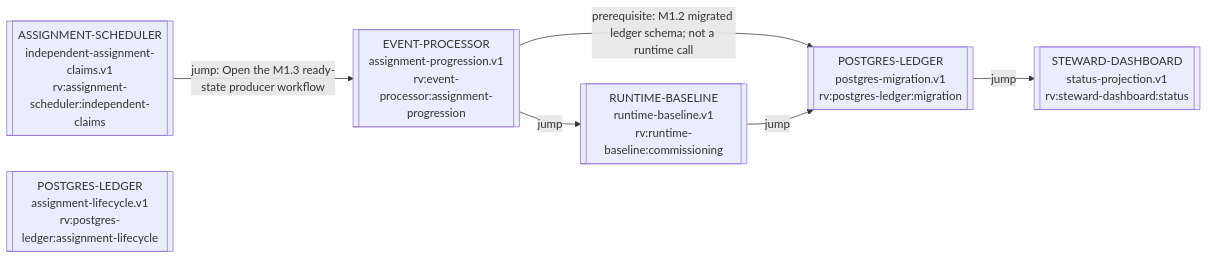
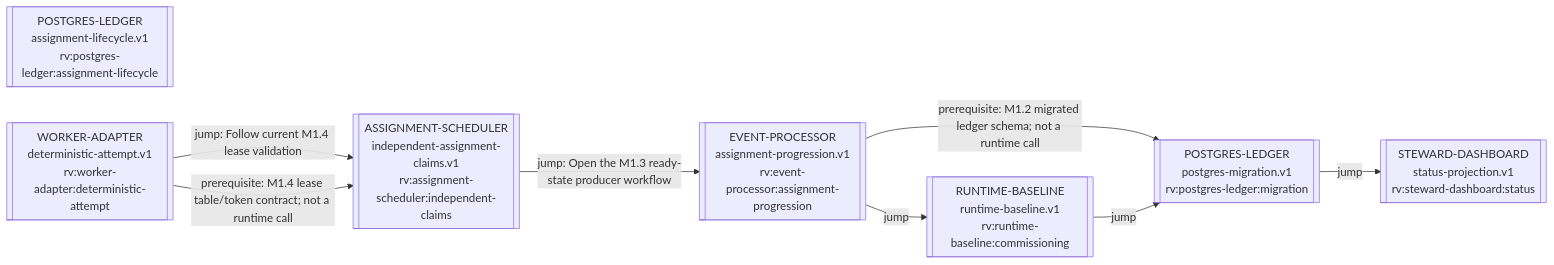
Before and after one commit to ppow1/Riverview-: the diagram in process_graphs/generated/RIVERVIEW_PROCESS_GRAPH.md, drawn with Mermaid. The commit also changed other lines of this file and 21 other files, not shown here.

Commit message:
feat: add scoped deterministic worker adapter

````diff
--- a/process_graphs/generated/RIVERVIEW_PROCESS_GRAPH.md
+++ b/process_graphs/generated/RIVERVIEW_PROCESS_GRAPH.md
@@ -9,14 +9,17 @@
 ```mermaid
 flowchart LR
   g_rv_assignment_scheduler_independent_claims_88bd80c4[["ASSIGNMENT-SCHEDULER<br/>independent-assignment-claims.v1<br/>rv:assignment-scheduler:independent-claims"]]
   g_rv_event_processor_assignment_progression_fa10db2d[["EVENT-PROCESSOR<br/>assignment-progression.v1<br/>rv:event-processor:assignment-progression"]]
   g_rv_postgres_ledger_assignment_lifecycle_a9a01b67[["POSTGRES-LEDGER<br/>assignment-lifecycle.v1<br/>rv:postgres-ledger:assignment-lifecycle"]]
   g_rv_postgres_ledger_migration_4c89ef23[["POSTGRES-LEDGER<br/>postgres-migration.v1<br/>rv:postgres-ledger:migration"]]
   g_rv_runtime_baseline_commissioning_46ff1ccf[["RUNTIME-BASELINE<br/>runtime-baseline.v1<br/>rv:runtime-baseline:commissioning"]]
   g_rv_steward_dashboard_status_75f7c259[["STEWARD-DASHBOARD<br/>status-projection.v1<br/>rv:steward-dashboard:status"]]
+  g_rv_worker_adapter_deterministic_attempt_15d59b6f[["WORKER-ADAPTER<br/>deterministic-attempt.v1<br/>rv:worker-adapter:deterministic-attempt"]]
   g_rv_assignment_scheduler_independent_claims_88bd80c4 -->|jump: Open the M1.3 ready-state producer workflow| g_rv_event_processor_assignment_progression_fa10db2d
   g_rv_event_processor_assignment_progression_fa10db2d -->|prerequisite: M1.2 migrated ledger schema; not a runtime call| g_rv_postgres_ledger_migration_4c89ef23
   g_rv_event_processor_assignment_progression_fa10db2d -->|jump| g_rv_runtime_baseline_commissioning_46ff1ccf
   g_rv_postgres_ledger_migration_4c89ef23 -->|jump| g_rv_steward_dashboard_status_75f7c259
   g_rv_runtime_baseline_commissioning_46ff1ccf -->|jump| g_rv_postgres_ledger_migration_4c89ef23
+  g_rv_worker_adapter_deterministic_attempt_15d59b6f -->|jump: Follow current M1.4 lease validation| g_rv_assignment_scheduler_independent_claims_88bd80c4
+  g_rv_worker_adapter_deterministic_attempt_15d59b6f -->|prerequisite: M1.4 lease table/token contract; not a runtime call| g_rv_assignment_scheduler_independent_claims_88bd80c4
 ```
````
